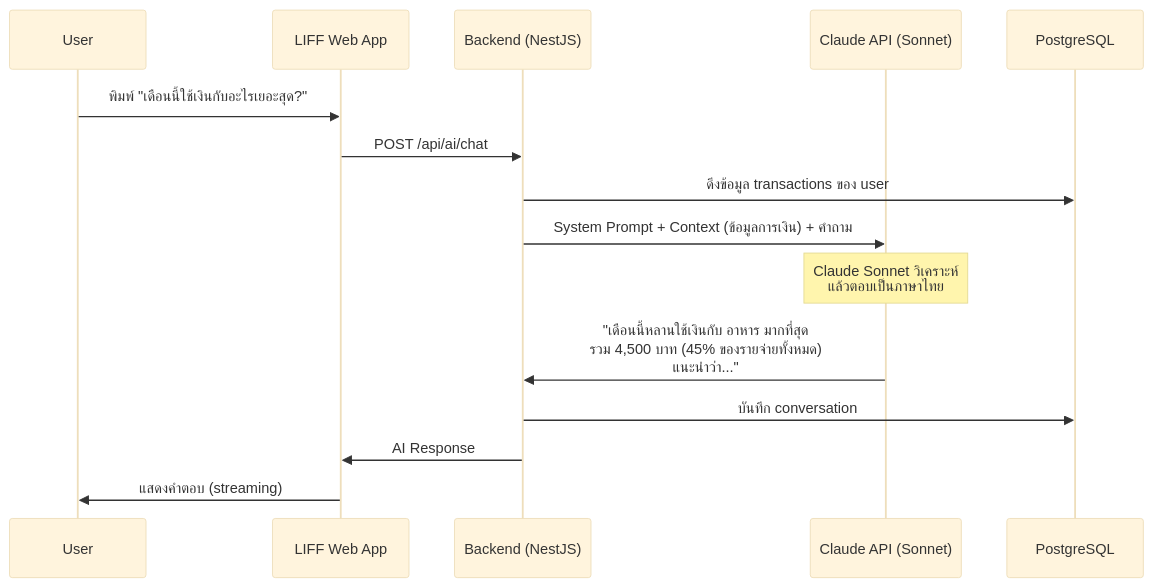
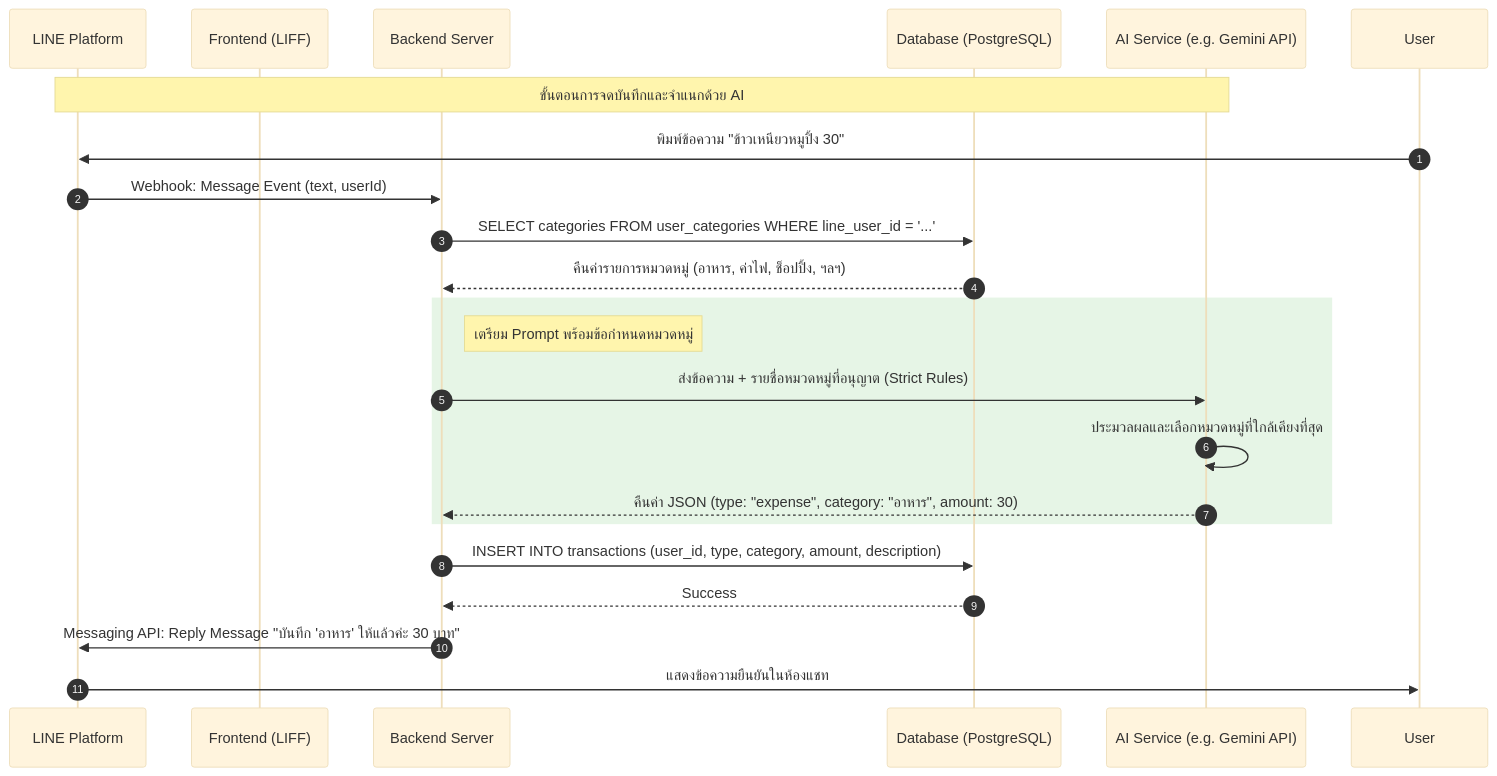
One commit to Sek-Code/PaaToy-CashFlow changed the eighth of 15 diagrams in BUSINESS_FLOW.md. Above: the diagram before and after it, drawn with Mermaid (base theme). The commit also changed other lines of this file, not shown here.

Commit message:
อัพเดท business flow ข้อ 2.1 authen flow  และ 2.5 AI flow

````diff
--- a/BUSINESS_FLOW.md
+++ b/BUSINESS_FLOW.md
@@ -196,18 +212,29 @@
 ```mermaid
 sequenceDiagram
-    participant U as User
-    participant F as LIFF Web App
-    participant B as Backend (NestJS)
-    participant AI as Claude API (Sonnet)
-    participant DB as PostgreSQL
+    autonumber
+    participant LINE as LINE Platform
+    participant LIFF as Frontend (LIFF)
+    participant API as Backend Server
+    participant DB as Database (PostgreSQL)
+    participant AI as AI Service (e.g. Gemini API)
 
-    U->>F: พิมพ์ "เดือนนี้ใช้เงินกับอะไรเยอะสุด?"
-    F->>B: POST /api/ai/chat
-    B->>DB: ดึงข้อมูล transactions ของ user
-    B->>AI: System Prompt + Context (ข้อมูลการเงิน) + คำถาม
-    Note over AI: Claude Sonnet วิเคราะห์<br/>แล้วตอบเป็นภาษาไทย
-    AI->>B: "เดือนนี้หลานใช้เงินกับ อาหาร มากที่สุด<br/>รวม 4,500 บาท (45% ของรายจ่ายทั้งหมด)<br/>แนะนำว่า..."
-    B->>DB: บันทึก conversation
-    B->>F: AI Response
-    F->>U: แสดงคำตอบ (streaming)
+    Note over LINE, AI: ขั้นตอนการจดบันทึกและจำแนกด้วย AI
+    User->>LINE: พิมพ์ข้อความ "ข้าวเหนียวหมูปิ้ง 30"
+    LINE->>API: Webhook: Message Event (text, userId)
+
+    API->>DB: SELECT categories FROM user_categories WHERE line_user_id = '...'
+    DB-->>API: คืนค่ารายการหมวดหมู่ (อาหาร, ค่าไฟ, ช็อปปิ้ง, ฯลฯ)
+
+    rect rgb(230, 245, 230)
+    Note right of API: เตรียม Prompt พร้อมข้อกำหนดหมวดหมู่
+    API->>AI: ส่งข้อความ + รายชื่อหมวดหมู่ที่อนุญาต (Strict Rules)
+    AI->>AI: ประมวลผลและเลือกหมวดหมู่ที่ใกล้เคียงที่สุด
+    AI-->>API: คืนค่า JSON (type: "expense", category: "อาหาร", amount: 30)
+    end
+
+    API->>DB: INSERT INTO transactions (user_id, type, category, amount, description)
+    DB-->>API: Success
+
+    API->>LINE: Messaging API: Reply Message "บันทึก 'อาหาร' ให้แล้วค่ะ 30 บาท"
+    LINE->>User: แสดงข้อความยืนยันในห้องแชท
 ```
````
